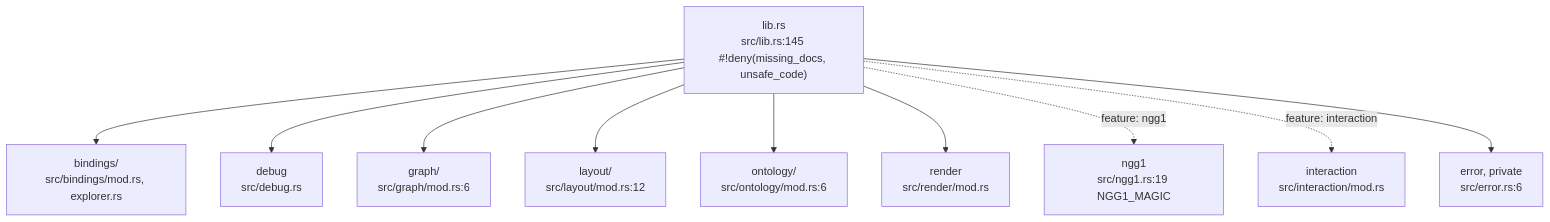
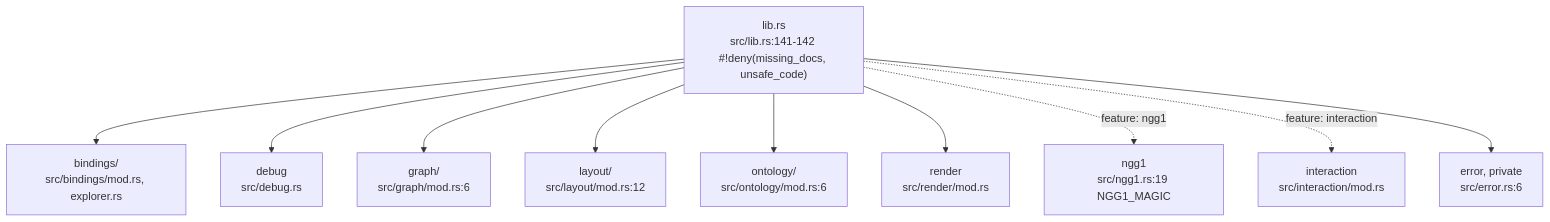
Before and after one commit to DreamLab-AI/VisionFlow: the first of 9 diagrams in docs/diagrams/vowl-wasm/01-crate-composition-and-wasm-boundary.md, drawn with Mermaid. The commit also changed other lines of this file and 185 other files, not shown here.

Commit message:
docs(estate): reconcile diagrams and ADRs with source and define closeout sprint

````diff
--- a/docs/diagrams/vowl-wasm/01-crate-composition-and-wasm-boundary.md
+++ b/docs/diagrams/vowl-wasm/01-crate-composition-and-wasm-boundary.md
@@ -25,13 +37,13 @@
 ```mermaid
 flowchart TB
-    LIB["lib.rs<br/>src/lib.rs:145 #!deny(missing_docs, unsafe_code)"]
+    LIB["lib.rs<br/>src/lib.rs:141-142 #!deny(missing_docs, unsafe_code)"]
     LIB --> BIND["bindings/<br/>src/bindings/mod.rs, explorer.rs"]
     LIB --> DEBUG["debug<br/>src/debug.rs"]
     LIB --> GRAPH["graph/<br/>src/graph/mod.rs:6"]
     LIB --> LAYOUT["layout/<br/>src/layout/mod.rs:12"]
     LIB --> ONT["ontology/<br/>src/ontology/mod.rs:6"]
     LIB --> RENDER["render<br/>src/render/mod.rs"]
     LIB -. "feature: ngg1" .-> NGG1["ngg1<br/>src/ngg1.rs:19 NGG1_MAGIC"]
     LIB -. "feature: interaction" .-> INTER["interaction<br/>src/interaction/mod.rs"]
     LIB --> ERR["error, private<br/>src/error.rs:6"]
 ```
````
